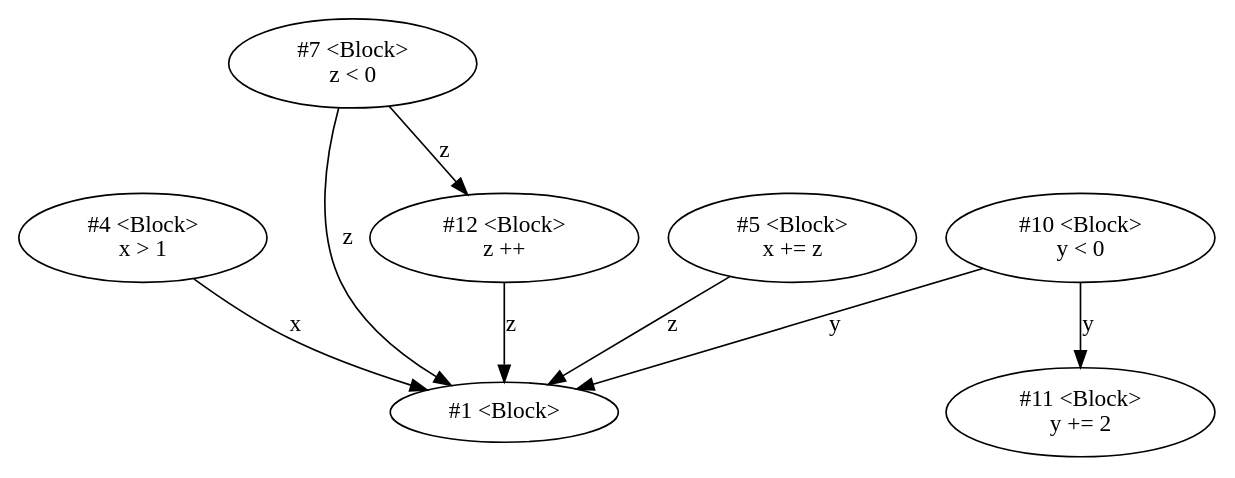
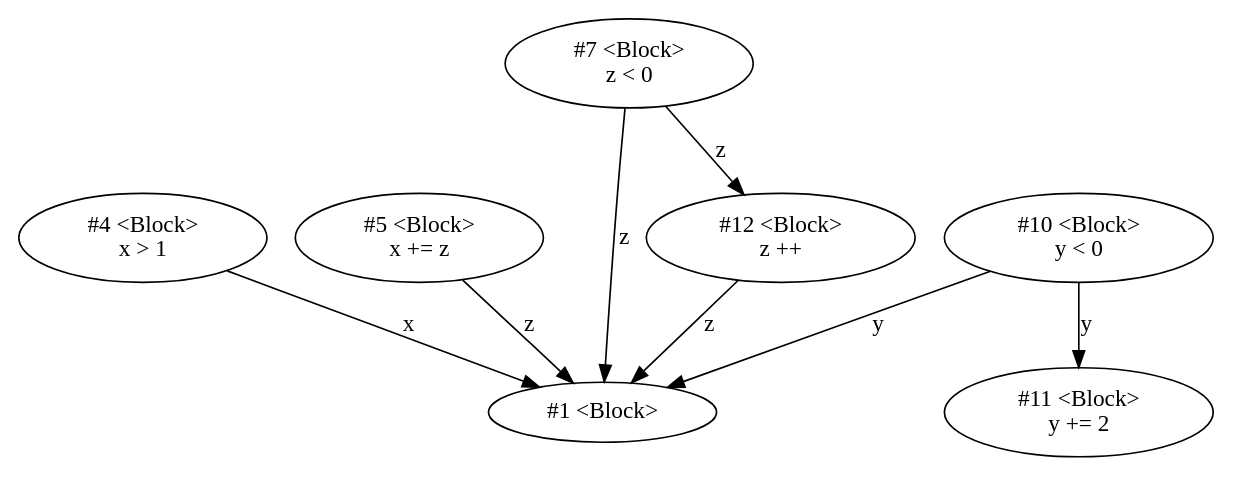
The diagram in examples/code-property-graph/ddg.dot (h-mole/MetronomeStatic), drawn with Graphviz before and after one commit. The commit also changed other lines of this file and 31 other files, not shown here.

Commit message:
modified diagrams

```diff
--- a/examples/code-property-graph/ddg.dot
+++ b/examples/code-property-graph/ddg.dot
@@ -1,16 +1,16 @@
 strict digraph  {
 4 [label="#4 &lt;Block&gt;\nx > 1"];
 1 [label="#1 &lt;Block&gt;\n"];
+5 [label="#5 &lt;Block&gt;\nx += z"];
 7 [label="#7 &lt;Block&gt;\nz < 0"];
 12 [label="#12 &lt;Block&gt;\nz ++"];
-5 [label="#5 &lt;Block&gt;\nx += z"];
 10 [label="#10 &lt;Block&gt;\ny < 0"];
 11 [label="#11 &lt;Block&gt;\ny += 2"];
 4 -> 1  [label=x];
+5 -> 1  [label=z];
 7 -> 1  [label=z];
 7 -> 12  [label=z];
 12 -> 1  [label=z];
-5 -> 1  [label=z];
 10 -> 1  [label=y];
 10 -> 11  [label=y];
 }
```
